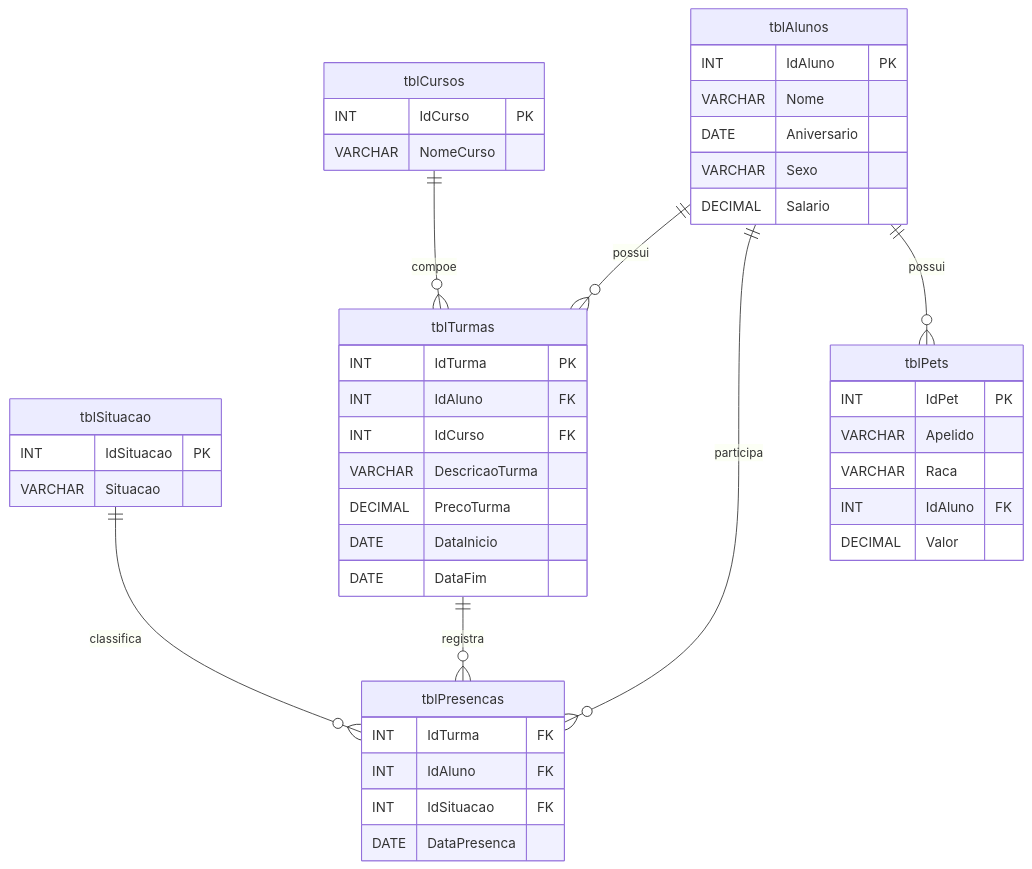
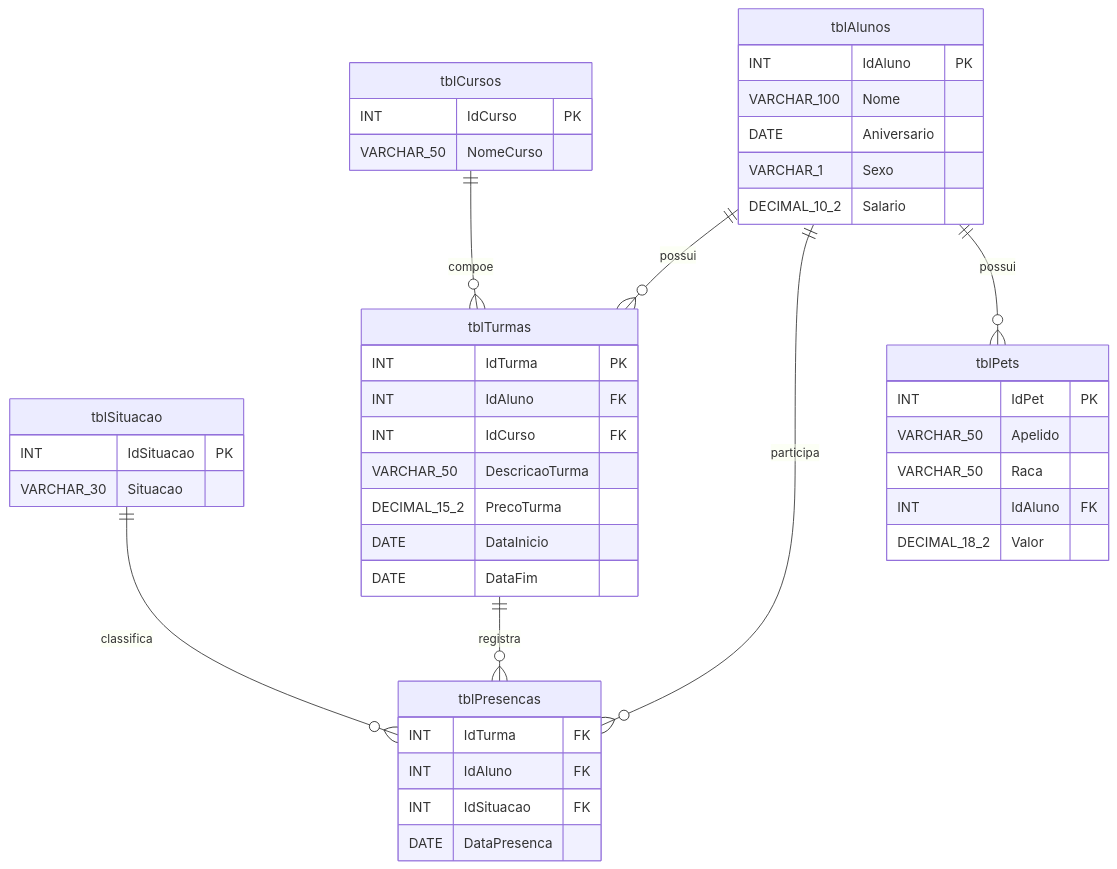
One commit to monteiro74/aulas_2026_1 changed the diagram in modelagem_e_projeto_bd/diagrama_er.md. Above: the diagram before and after it, drawn with Mermaid.

````diff
--- a/modelagem_e_projeto_bd/diagrama_er.md
+++ b/modelagem_e_projeto_bd/diagrama_er.md
@@ -3,53 +3,53 @@
 ```mermaid
 erDiagram
 
     tblAlunos {
         INT IdAluno PK
-        VARCHAR Nome
+        VARCHAR_100 Nome
         DATE Aniversario
-        VARCHAR Sexo
-        DECIMAL Salario
+        VARCHAR_1 Sexo
+        DECIMAL_10_2 Salario
     }
 
     tblSituacao {
         INT IdSituacao PK
-        VARCHAR Situacao
+        VARCHAR_30 Situacao
     }
 
     tblCursos {
         INT IdCurso PK
-        VARCHAR NomeCurso
+        VARCHAR_50 NomeCurso
     }
 
     tblTurmas {
         INT IdTurma PK
         INT IdAluno FK
         INT IdCurso FK
-        VARCHAR DescricaoTurma
-        DECIMAL PrecoTurma
+        VARCHAR_50 DescricaoTurma
+        DECIMAL_15_2 PrecoTurma
         DATE DataInicio
         DATE DataFim
     }
 
     tblPresencas {
         INT IdTurma FK
         INT IdAluno FK
         INT IdSituacao FK
         DATE DataPresenca
     }
 
     tblPets {
         INT IdPet PK
-        VARCHAR Apelido
-        VARCHAR Raca
+        VARCHAR_50 Apelido
+        VARCHAR_50 Raca
         INT IdAluno FK
-        DECIMAL Valor
+        DECIMAL_18_2 Valor
     }
 
     tblAlunos   ||--o{ tblTurmas    : possui
     tblCursos   ||--o{ tblTurmas    : compoe
     tblTurmas   ||--o{ tblPresencas : registra
     tblAlunos   ||--o{ tblPresencas : participa
     tblSituacao ||--o{ tblPresencas : classifica
     tblAlunos   ||--o{ tblPets      : possui
 ```
````
